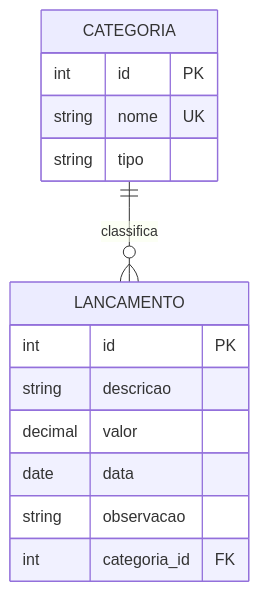
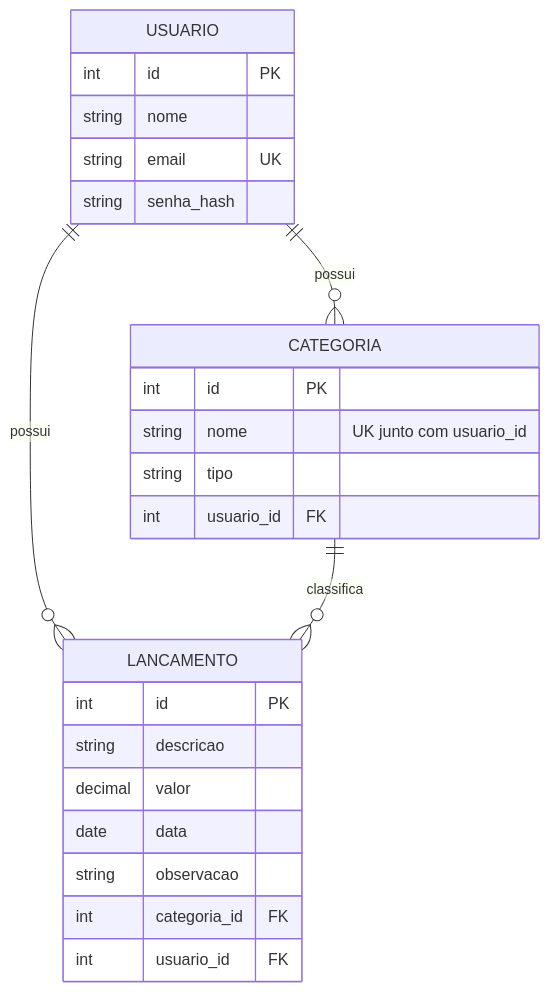
One commit to AugustoOL/controle-financas changed the diagram in docs/03-banco-de-dados.md. Above: the diagram before and after it, drawn with Mermaid. The commit also changed other lines of this file and 27 other files, not shown here.

````diff
--- a/docs/03-banco-de-dados.md
+++ b/docs/03-banco-de-dados.md
@@ -7,17 +7,27 @@
 ```mermaid
 erDiagram
+    USUARIO ||--o{ CATEGORIA : possui
+    USUARIO ||--o{ LANCAMENTO : possui
     CATEGORIA ||--o{ LANCAMENTO : classifica
+    USUARIO {
+        int id PK
+        string nome
+        string email UK
+        string senha_hash
+    }
     CATEGORIA {
         int id PK
-        string nome UK
+        string nome "UK junto com usuario_id"
         string tipo
+        int usuario_id FK
     }
     LANCAMENTO {
         int id PK
         string descricao
         decimal valor
         date data
         string observacao
         int categoria_id FK
+        int usuario_id FK
     }
 ```
````
